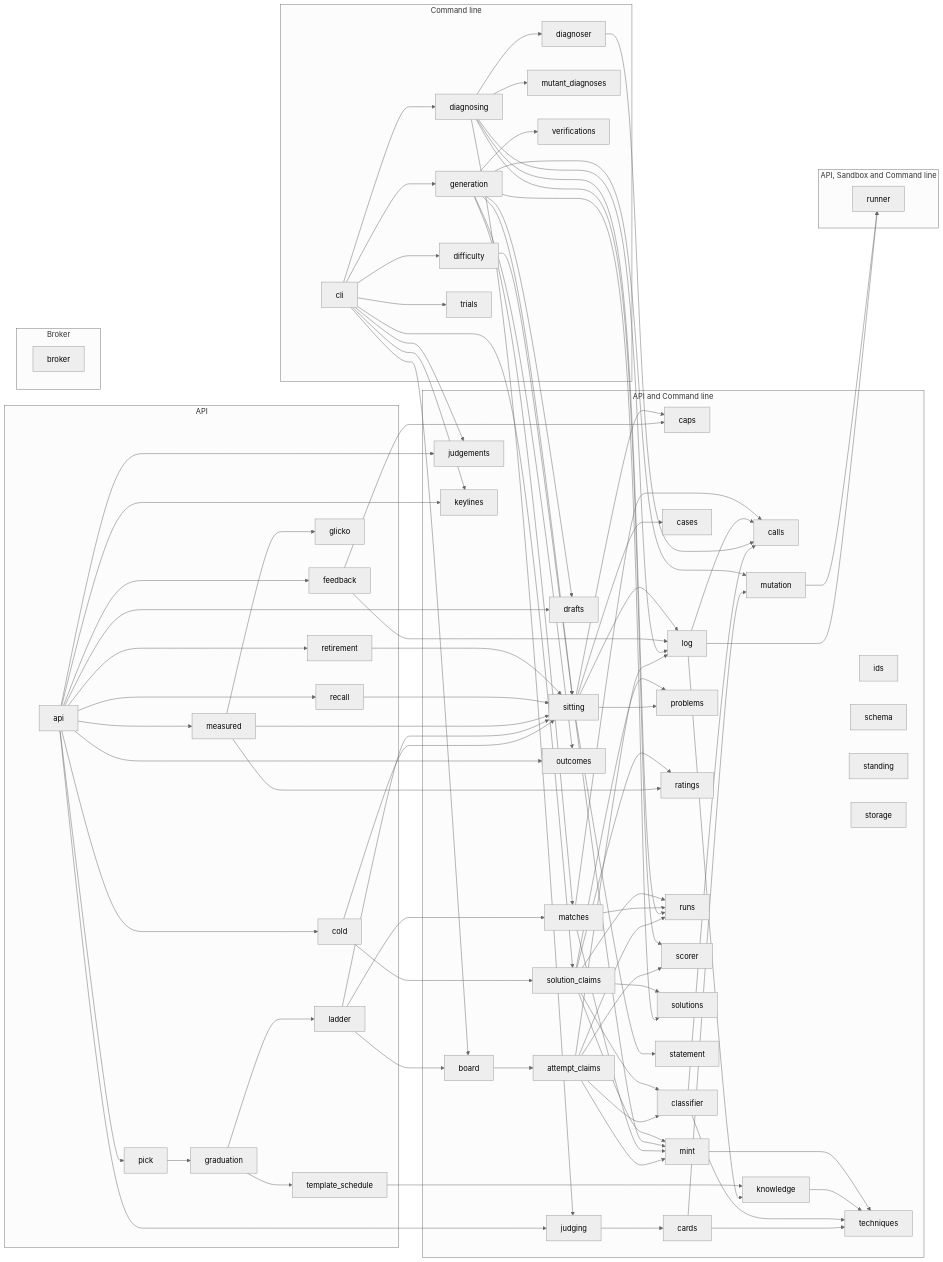
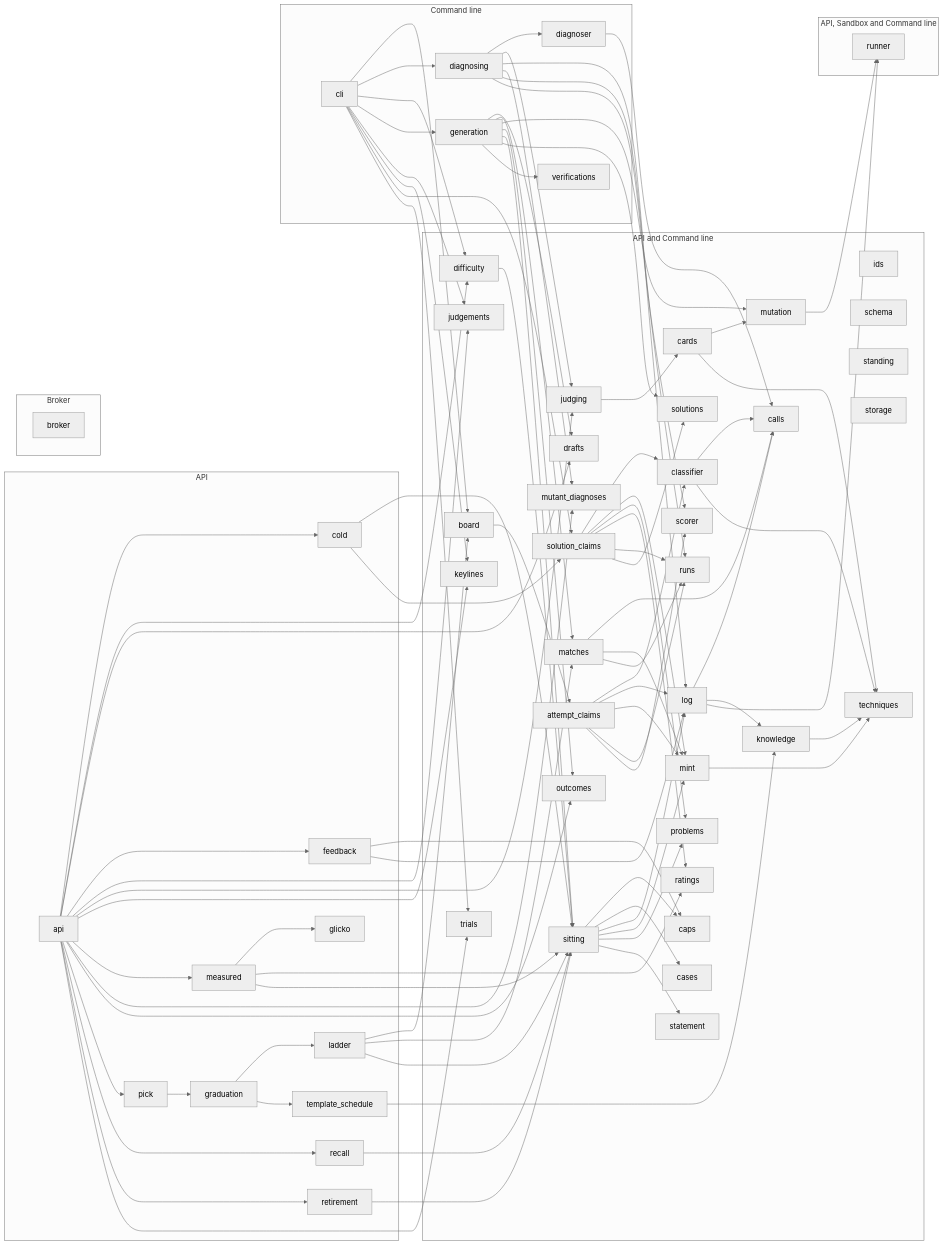
The diagram in docs/architecture/modules.md (climbance/climbance), drawn with Mermaid (neutral theme) before and after one commit. The commit also changed 17 other files, not shown here.

```diff
--- a/docs/architecture/modules.md
+++ b/docs/architecture/modules.md
@@ -54,10 +54,7 @@
         climb_cli["cli"]
         climb_diagnoser["diagnoser"]
         climb_diagnosing["diagnosing"]
-        climb_difficulty["difficulty"]
         climb_generation["generation"]
-        climb_mutant_diagnoses["mutant_diagnoses"]
-        climb_trials["trials"]
         climb_verifications["verifications"]
     end
     subgraph g3["API and Command line"]
@@ -68,6 +65,7 @@
         climb_cards["cards"]
         climb_cases["cases"]
         climb_classifier["classifier"]
+        climb_difficulty["difficulty"]
         climb_drafts["drafts"]
         climb_ids["ids"]
         climb_judgements["judgements"]
@@ -77,6 +75,7 @@
         climb_log["log"]
         climb_matches["matches"]
         climb_mint["mint"]
+        climb_mutant_diagnoses["mutant_diagnoses"]
         climb_mutation["mutation"]
         climb_outcomes["outcomes"]
         climb_problems["problems"]
@@ -91,21 +90,25 @@
         climb_statement["statement"]
         climb_storage["storage"]
         climb_techniques["techniques"]
+        climb_trials["trials"]
     end
     subgraph g4["API, Sandbox and Command line"]
         climb_runner["runner"]
     end
     climb_api --> climb_cold
+    climb_api --> climb_difficulty
     climb_api --> climb_drafts
     climb_api --> climb_feedback
     climb_api --> climb_judgements
     climb_api --> climb_judging
     climb_api --> climb_keylines
     climb_api --> climb_measured
+    climb_api --> climb_mutant_diagnoses
     climb_api --> climb_outcomes
     climb_api --> climb_pick
     climb_api --> climb_recall
     climb_api --> climb_retirement
+    climb_api --> climb_trials
     climb_attempt_claims --> climb_classifier
     climb_attempt_claims --> climb_log
     climb_attempt_claims --> climb_mint
```
